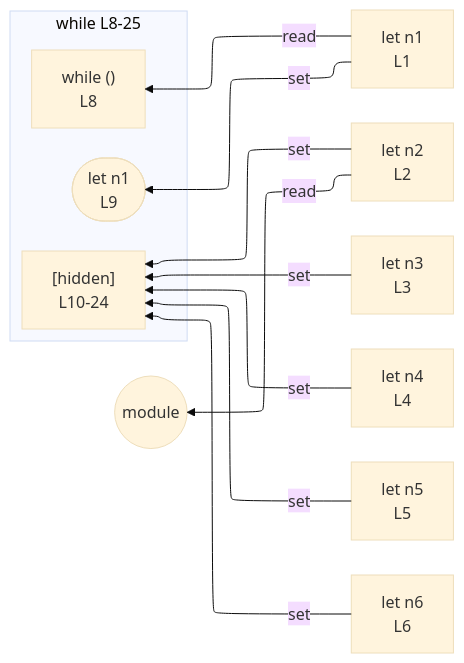
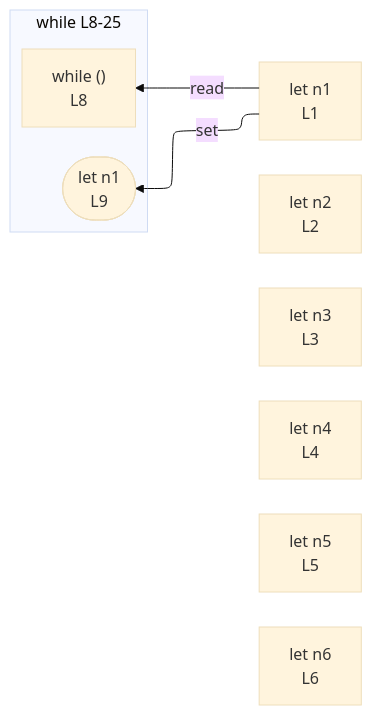
The diagram in integration/fixtures/app-behavior/depth/while/depth-1/preview.md (crescware/unsnarl), drawn with Mermaid (base theme) before and after one commit. The commit also changed 96 other files, not shown here.

````diff
--- a/integration/fixtures/app-behavior/depth/while/depth-1/preview.md
+++ b/integration/fixtures/app-behavior/depth/while/depth-1/preview.md
@@ -35,25 +35,17 @@
 ```mermaid
 %%{init: {"flowchart": {"defaultRenderer": "elk"}}}%%
 flowchart RL
   n_scope_0_n1_4["let n1<br/>L1"]
   n_scope_0_n2_16["let n2<br/>L2"]
   n_scope_0_n3_28["let n3<br/>L3"]
   n_scope_0_n4_40["let n4<br/>L4"]
   n_scope_0_n5_52["let n5<br/>L5"]
   n_scope_0_n6_64["let n6<br/>L6"]
   subgraph s_scope_1["while L8-25"]
     direction RL
     while_test_scope_0_73["while ()<br/>L8"]
     wr_ref_7(["let n1<br/>L9"])
-    collapsed_scope_2["[hidden]<br/>L10-24"]
   end
   n_scope_0_n1_4 -->|set| wr_ref_7
-  n_scope_0_n2_16 -->|set| collapsed_scope_2
-  n_scope_0_n3_28 -->|set| collapsed_scope_2
-  n_scope_0_n4_40 -->|set| collapsed_scope_2
-  n_scope_0_n5_52 -->|set| collapsed_scope_2
-  n_scope_0_n6_64 -->|set| collapsed_scope_2
   n_scope_0_n1_4 -->|read| while_test_scope_0_73
-  n_scope_0_n2_16 -->|read| module_root
-  module_root((module))
 ```
````
